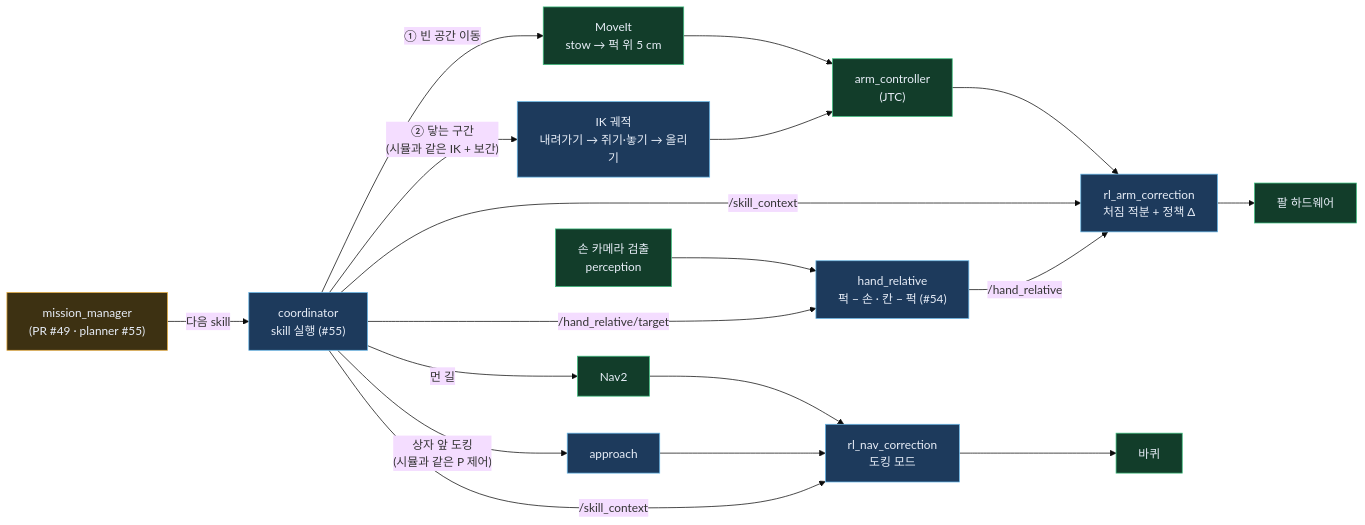
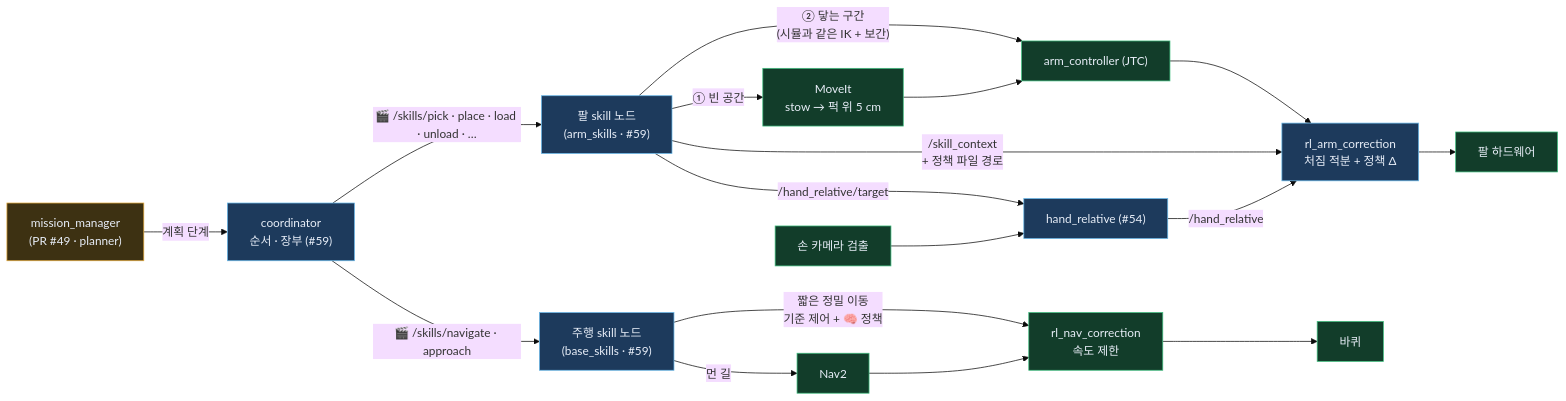
Before and after one commit to JuneKunst/JuneKunst.github.io: the third of 9 diagrams in bee/system-map.md, drawn with Mermaid (base theme). The commit also changed other lines of this file and 18 other files, not shown here.

````diff
--- a/bee/system-map.md
+++ b/bee/system-map.md
@@ -77,23 +79,20 @@
 ```mermaid
 flowchart LR
-  g3_MM["mission_manager<br/>(PR #49 · planner #55)"]:::wip -->|"다음 skill"| g3_CO["coordinator<br/>skill 실행 (#55)"]:::code
-  g3_CO -->|"① 빈 공간 이동"| g3_MV["MoveIt<br/>stow → 퍽 위 5 cm"]:::ok
-  g3_CO -->|"② 닿는 구간<br/>(시뮬과 같은 IK + 보간)"| g3_IK["IK 궤적<br/>내려가기 → 쥐기·놓기 → 올리기"]:::code
-  g3_MV --> g3_JTC["arm_controller<br/>(JTC)"]:::ok
-  g3_IK --> g3_JTC
+  g3_MM["mission_manager<br/>(PR #49 · planner)"]:::wip -->|"계획 단계"| g3_CO["coordinator<br/>순서 · 장부 (#59)"]:::code
+  g3_CO -->|"🎬 /skills/pick · place · load · unload · …"| g3_AS["팔 skill 노드<br/>(arm_skills · #59)"]:::code
+  g3_CO -->|"🎬 /skills/navigate · approach"| g3_BS["주행 skill 노드<br/>(base_skills · #59)"]:::code
+  g3_AS -->|"① 빈 공간"| g3_MV["MoveIt<br/>stow → 퍽 위 5 cm"]:::ok
+  g3_AS -->|"② 닿는 구간<br/>(시뮬과 같은 IK + 보간)"| g3_JTC["arm_controller (JTC)"]:::ok
+  g3_MV --> g3_JTC
   g3_JTC --> g3_RC["rl_arm_correction<br/>처짐 적분 + 정책 Δ"]:::code
   g3_RC --> g3_HW["팔 하드웨어"]:::ok
-  g3_CAM["손 카메라 검출<br/>perception"]:::ok --> g3_HR["hand_relative<br/>퍽 − 손 · 칸 − 퍽 (#54)"]:::code
-  g3_CO -->|"/hand_relative/target"| g3_HR
-  g3_CO -->|"/skill_context"| g3_RC
-  g3_HR -->|"/hand_relative"| g3_RC
-  g3_CO -->|"먼 길"| g3_NAV["Nav2"]:::ok
-  g3_CO -->|"상자 앞 도킹<br/>(시뮬과 같은 P 제어)"| g3_AP["approach"]:::code
-  g3_NAV --> g3_NC["rl_nav_correction<br/>도킹 모드"]:::code
-  g3_AP --> g3_NC
-  g3_CO -->|"/skill_context"| g3_NC
-  g3_NC --> g3_BASE["바퀴"]:::ok
+  g3_AS -->|"/skill_context<br/>+ 정책 파일 경로"| g3_RC
+  g3_AS -->|"/hand_relative/target"| g3_HR["hand_relative (#54)"]:::code
+  g3_CAM["손 카메라 검출"]:::ok --> g3_HR -->|"/hand_relative"| g3_RC
+  g3_BS -->|"먼 길"| g3_NAV["Nav2"]:::ok
+  g3_BS -->|"짧은 정밀 이동<br/>기준 제어 + 🧠 정책"| g3_NC["rl_nav_correction<br/>속도 제한"]:::ok
+  g3_NAV --> g3_NC --> g3_BASE["바퀴"]:::ok
   classDef ok fill:#123d2a,stroke:#3fbf7f,color:#e8eef8
   classDef code fill:#1d3a5c,stroke:#67b7e8,color:#e8eef8
   classDef wip fill:#3d3112,stroke:#e2a83a,color:#e8eef8
 ```
````
